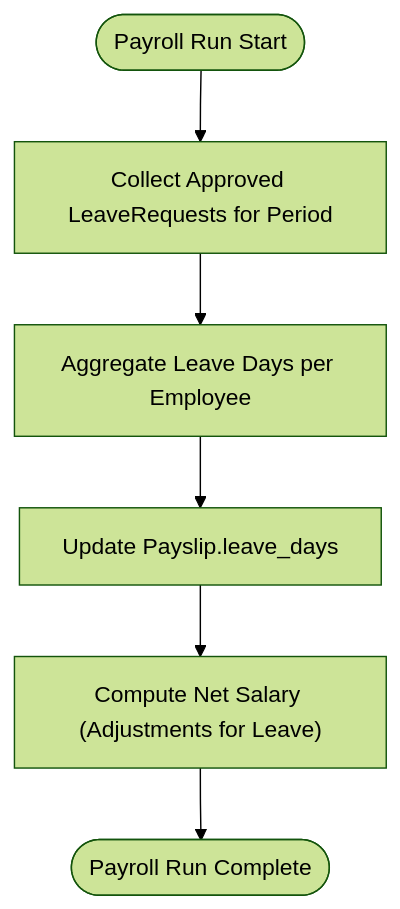
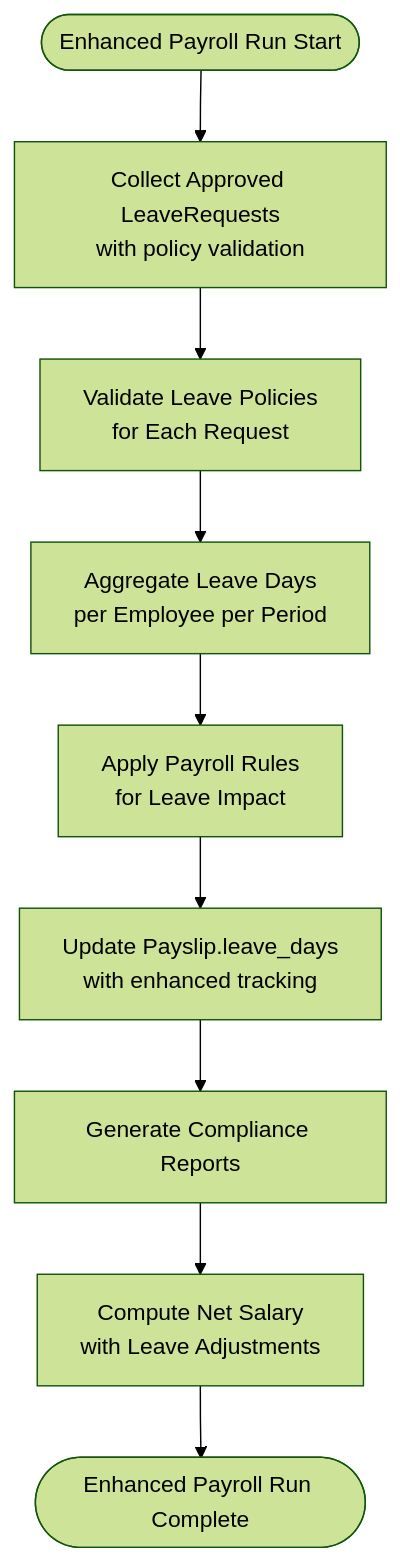
One commit to bikinaplikasipakeqoder-dot/payroll-hris changed the fifth of 7 diagrams in .qoder/repowiki/en/content/Leave Management.md. Above: the diagram before and after it, drawn with Mermaid (forest theme). The commit also changed other lines of this file and 22 other files, not shown here.

Commit message:
feat: show monthly attendance summary per employee with detail modal

````diff
--- a/.qoder/repowiki/en/content/Leave Management.md
+++ b/.qoder/repowiki/en/content/Leave Management.md
@@ -365,8 +400,11 @@
 ```mermaid
 flowchart TD
-PRStart(["Payroll Run Start"]) --> CollectLeaves["Collect Approved LeaveRequests for Period"]
-CollectLeaves --> Aggregate["Aggregate Leave Days per Employee"]
-Aggregate --> UpdatePS["Update Payslip.leave_days"]
-UpdatePS --> ComputeNet["Compute Net Salary (Adjustments for Leave)"]
-ComputeNet --> PREnd(["Payroll Run Complete"])
+PRStart(["Enhanced Payroll Run Start"]) --> CollectLeaves["Collect Approved LeaveRequests<br/>with policy validation"]
+CollectLeaves --> ValidatePolicies["Validate Leave Policies<br/>for Each Request"]
+ValidatePolicies --> Aggregate["Aggregate Leave Days<br/>per Employee per Period"]
+Aggregate --> ApplyRules["Apply Payroll Rules<br/>for Leave Impact"]
+ApplyRules --> UpdatePS["Update Payslip.leave_days<br/>with enhanced tracking"]
+UpdatePS --> GenerateReports["Generate Compliance Reports"]
+GenerateReports --> ComputeNet["Compute Net Salary<br/>with Leave Adjustments"]
+ComputeNet --> PREnd(["Enhanced Payroll Run Complete"])
 ```
````
